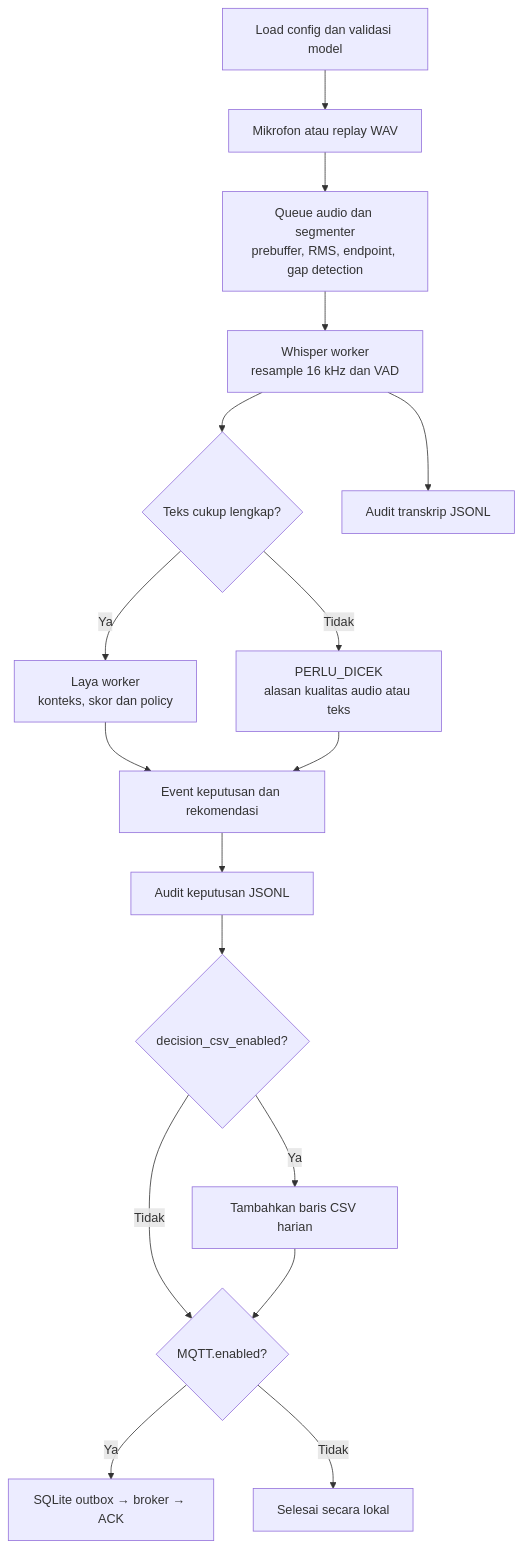
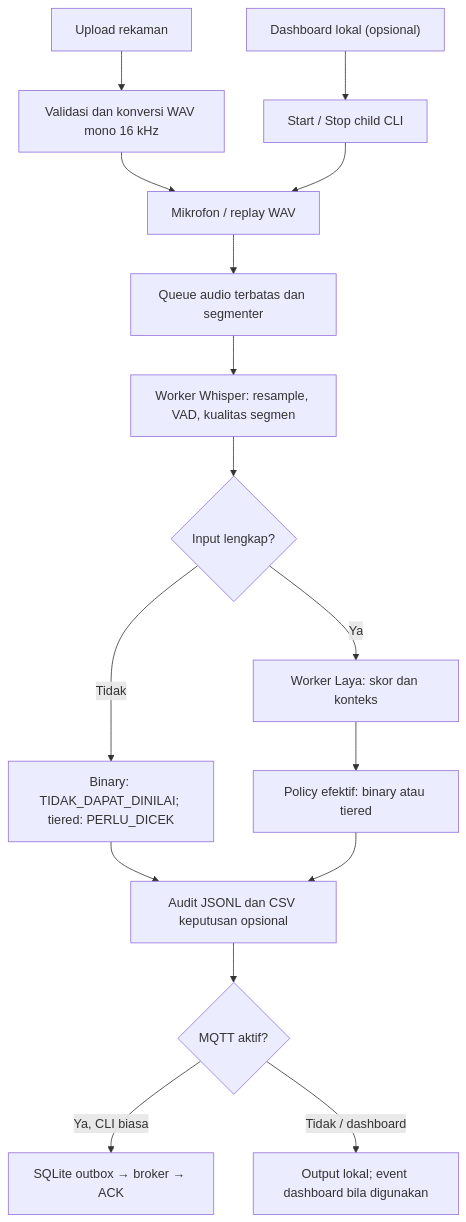
The diagram in ai_fraud_detection_microphone/README.md (FauzanAriyatmoko/microphone-fraud-detection-laya-ai), drawn with Mermaid before and after one commit. The commit also changed other lines of this file, not shown here.

Commit message:
dev/local-test-fraud: rewrite README with updated project status, configuration, and usage guide

````diff
--- a/ai_fraud_detection_microphone/README.md
+++ b/ai_fraud_detection_microphone/README.md
@@ -113,23 +249,18 @@
 ```mermaid
 flowchart TD
-    CONFIG[Load config dan validasi model] --> INPUT[Mikrofon atau replay WAV]
-    INPUT --> SEG[Queue audio dan segmenter
-prebuffer, RMS, endpoint, gap detection]
-    SEG --> STT[Whisper worker
-resample 16 kHz dan VAD]
-    STT --> QUALITY{Teks cukup lengkap?}
-    QUALITY -->|Ya| LAYA[Laya worker
-konteks, skor dan policy]
-    QUALITY -->|Tidak| REVIEW[PERLU_DICEK
-alasan kualitas audio atau teks]
-    LAYA --> DECISION[Event keputusan dan rekomendasi]
-    REVIEW --> DECISION
-    STT --> TRANSCRIPT[Audit transkrip JSONL]
-    DECISION --> AUDIT[Audit keputusan JSONL]
-    AUDIT --> CSV{decision_csv_enabled?}
-    CSV -->|Ya| FILE[Tambahkan baris CSV harian]
-    CSV -->|Tidak| OUTPUT{MQTT.enabled?}
-    FILE --> OUTPUT
-    OUTPUT -->|Ya| OUTBOX[SQLite outbox → broker → ACK]
-    OUTPUT -->|Tidak| LOCAL[Selesai secara lokal]
+    UI["Dashboard lokal (opsional)"] --> CONTROL["Start / Stop child CLI"]
+    UPLOAD["Upload rekaman"] --> CONVERT["Validasi dan konversi WAV mono 16 kHz"]
+    CONVERT --> INPUT["Mikrofon / replay WAV"]
+    CONTROL --> INPUT
+    INPUT --> QUEUE["Queue audio terbatas dan segmenter"]
+    QUEUE --> STT["Worker Whisper: resample, VAD, kualitas segmen"]
+    STT --> QUALITY{"Input lengkap?"}
+    QUALITY -->|Tidak| UNKNOWN["Binary: TIDAK_DAPAT_DINILAI; tiered: PERLU_DICEK"]
+    QUALITY -->|Ya| LAYA["Worker Laya: skor dan konteks"]
+    LAYA --> POLICY["Policy efektif: binary atau tiered"]
+    UNKNOWN --> AUDIT["Audit JSONL dan CSV keputusan opsional"]
+    POLICY --> AUDIT
+    AUDIT --> OUTPUT{"MQTT aktif?"}
+    OUTPUT -->|Ya, CLI biasa| OUTBOX["SQLite outbox → broker → ACK"]
+    OUTPUT -->|Tidak / dashboard| LOCAL["Output lokal; event dashboard bila digunakan"]
 ```
````
